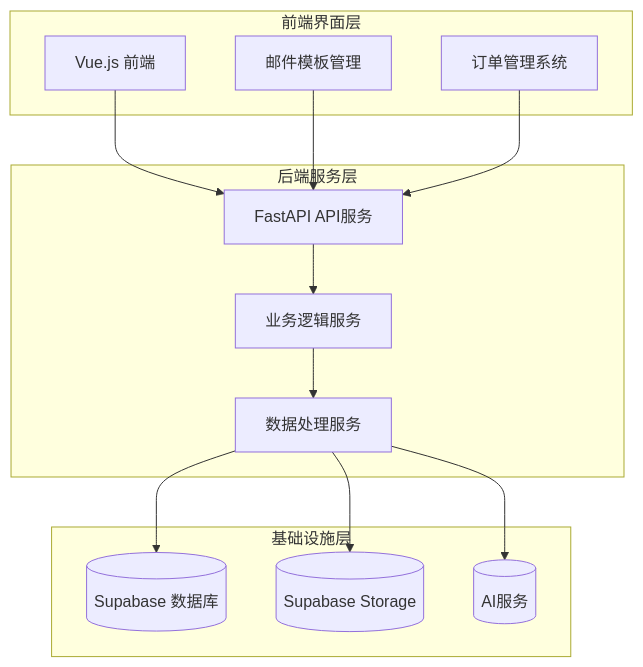
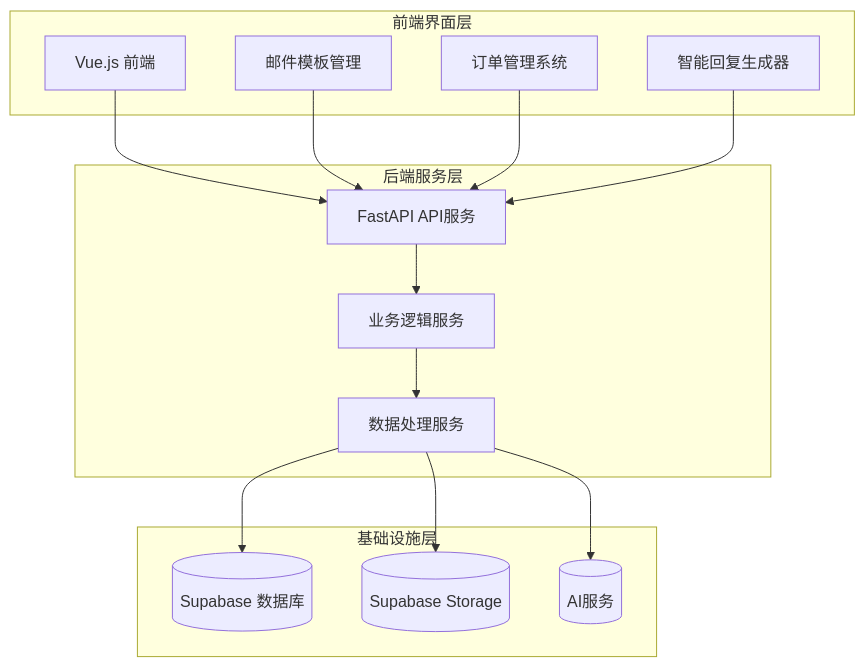
Before and after one commit to SY6621/POD-Order-Management: the first of 9 diagrams in .qoder/repowiki/zh/content/开发指南/AI邮件生成系统.md, drawn with Mermaid. The commit also changed other lines of this file and 8 other files, not shown here.

````diff
--- a/.qoder/repowiki/zh/content/开发指南/AI邮件生成系统.md
+++ b/.qoder/repowiki/zh/content/开发指南/AI邮件生成系统.md
@@ -60,26 +64,28 @@
 ```mermaid
 graph TB
 subgraph "前端界面层"
 FE1[Vue.js 前端]
 FE2[邮件模板管理]
 FE3[订单管理系统]
+FE4[智能回复生成器]
 end
 subgraph "后端服务层"
 BE1[FastAPI API服务]
 BE2[业务逻辑服务]
 BE3[数据处理服务]
 end
 subgraph "基础设施层"
 DB[(Supabase 数据库)]
 FS[(Supabase Storage)]
 ML[(AI服务)]
 end
 FE1 --> BE1
 FE2 --> BE1
 FE3 --> BE1
+FE4 --> BE1
 BE1 --> BE2
 BE2 --> BE3
 BE3 --> DB
 BE3 --> FS
 BE3 --> ML
 ```
````
